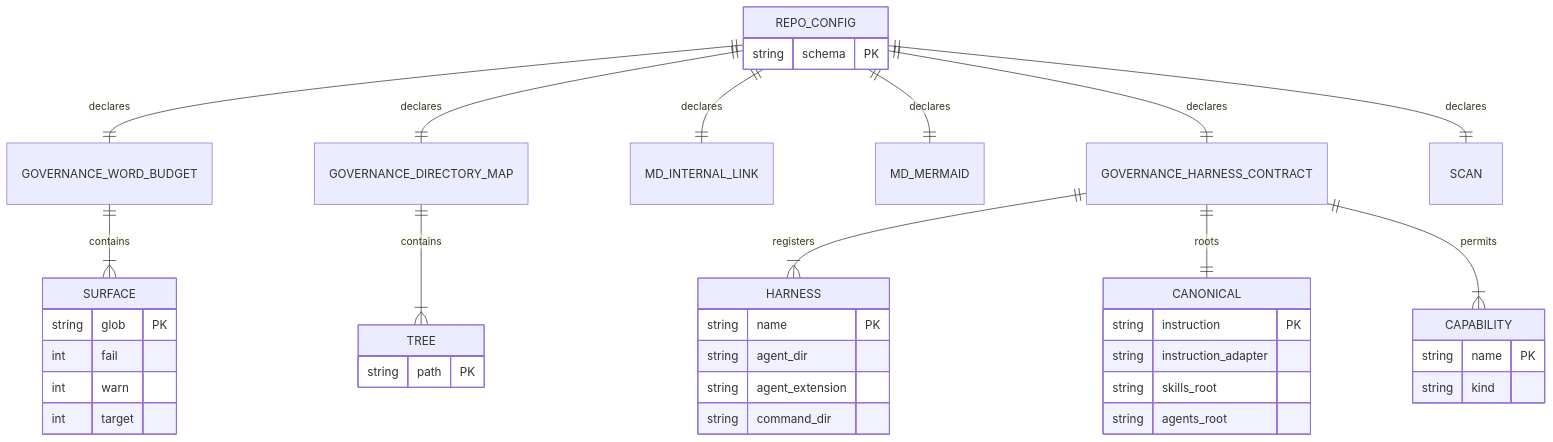
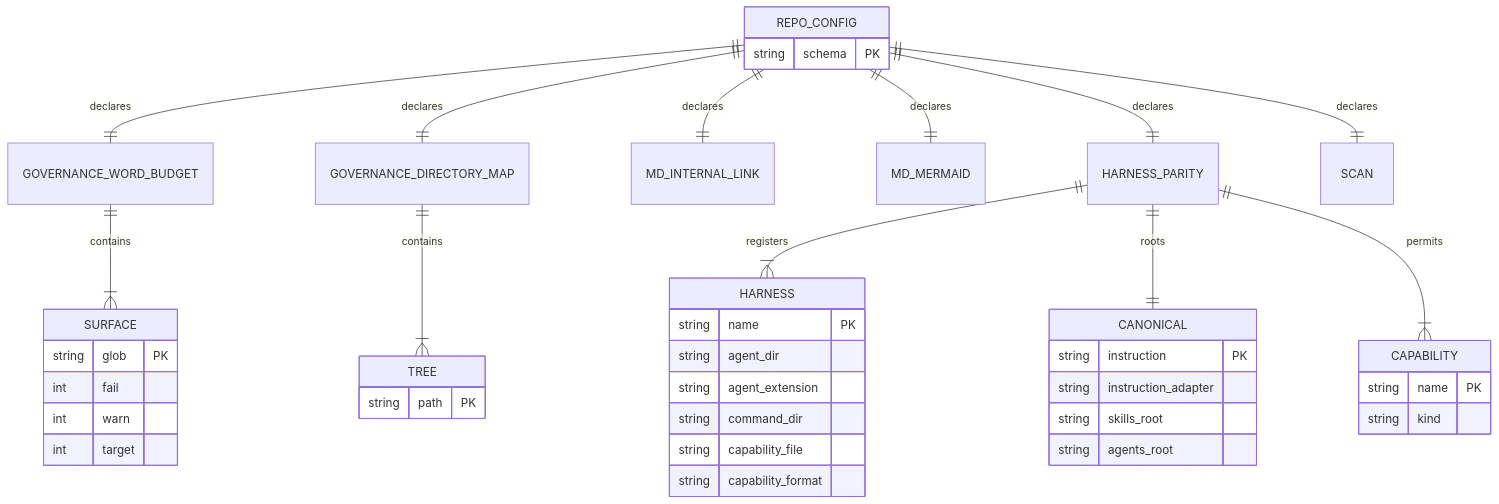
The diagram in plans/in-progress/rhino-cli-extraction/tech-docs/02-configuration-contract.md (wahidyankf/beaver-nest), drawn with Mermaid before and after one commit. The commit also changed other lines of this file and 10 other files, not shown here.

````diff
--- a/plans/in-progress/rhino-cli-extraction/tech-docs/02-configuration-contract.md
+++ b/plans/in-progress/rhino-cli-extraction/tech-docs/02-configuration-contract.md
@@ -35,43 +35,45 @@
 ```mermaid
 erDiagram
     REPO_CONFIG ||--|| GOVERNANCE_WORD_BUDGET : declares
     REPO_CONFIG ||--|| GOVERNANCE_DIRECTORY_MAP : declares
     REPO_CONFIG ||--|| MD_INTERNAL_LINK : declares
     REPO_CONFIG ||--|| MD_MERMAID : declares
-    REPO_CONFIG ||--|| GOVERNANCE_HARNESS_CONTRACT : declares
+    REPO_CONFIG ||--|| HARNESS_PARITY : declares
     REPO_CONFIG ||--|| SCAN : declares
     GOVERNANCE_WORD_BUDGET ||--|{ SURFACE : contains
     GOVERNANCE_DIRECTORY_MAP ||--|{ TREE : contains
-    GOVERNANCE_HARNESS_CONTRACT ||--|{ HARNESS : registers
-    GOVERNANCE_HARNESS_CONTRACT ||--|| CANONICAL : roots
-    GOVERNANCE_HARNESS_CONTRACT ||--|{ CAPABILITY : permits
+    HARNESS_PARITY ||--|{ HARNESS : registers
+    HARNESS_PARITY ||--|| CANONICAL : roots
+    HARNESS_PARITY ||--|{ CAPABILITY : permits
 
     REPO_CONFIG {
         string schema PK
     }
     SURFACE {
         string glob PK
         int fail
         int warn
         int target
     }
     TREE {
         string path PK
     }
     HARNESS {
         string name PK
         string agent_dir
         string agent_extension
         string command_dir
+        string capability_file
+        string capability_format
     }
     CANONICAL {
         string instruction PK
         string instruction_adapter
         string skills_root
         string agents_root
     }
     CAPABILITY {
         string name PK
         string kind
     }
 ```
````
